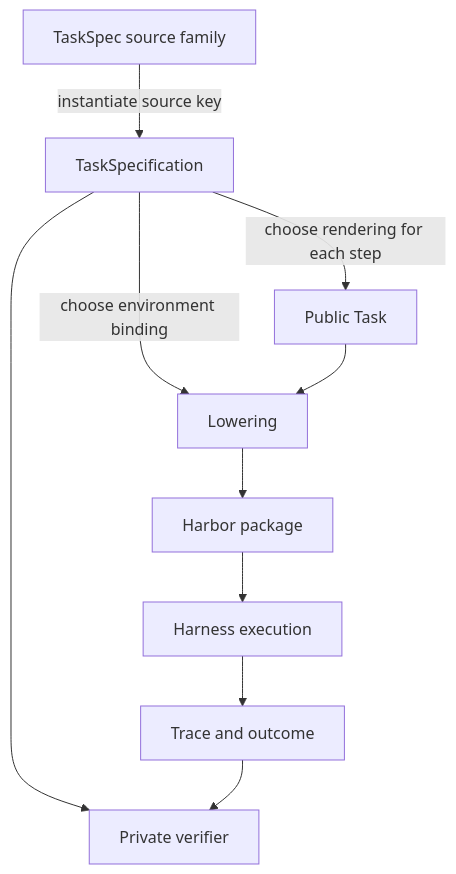
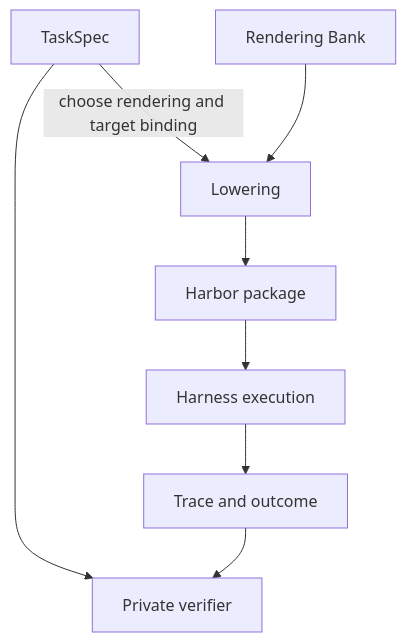
The diagram in lib/taskcompendium/SPECIFICATION.md (marin-community/marin), drawn with Mermaid before and after one commit. The commit also changed other lines of this file and 59 other files, not shown here.

````diff
--- a/lib/taskcompendium/SPECIFICATION.md
+++ b/lib/taskcompendium/SPECIFICATION.md
@@ -9,12 +17,11 @@
 ```mermaid
 flowchart TD
-    F[TaskSpec source family] -->|instantiate source key| S[TaskSpecification]
-    S -->|choose rendering for each step| T[Public Task]
-    S -->|choose environment binding| L[Lowering]
-    T --> L
+    S[TaskSpec]
+    S -->|choose rendering and target binding| L[Lowering]
+    B[Rendering Bank] --> L
     L --> H[Harbor package]
     H --> X[Harness execution]
     X --> R[Trace and outcome]
     S --> V[Private verifier]
     R --> V
 ```
````
